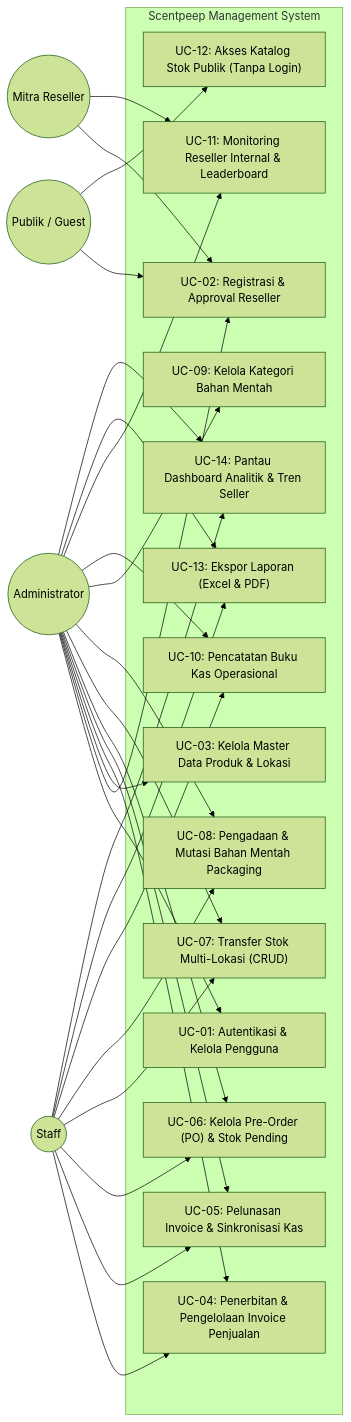
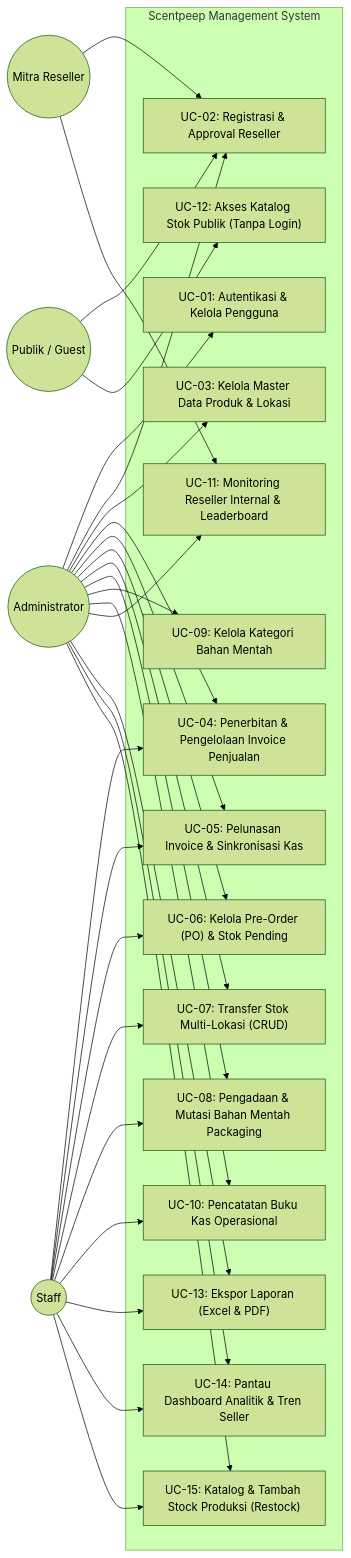
One commit to FatsyahRGT/scentpeep changed the diagram in docs/USE_CASE.md. Above: the diagram before and after it, drawn with Mermaid (forest theme). The commit also changed other lines of this file and 28 other files, not shown here.

````diff
--- a/docs/USE_CASE.md
+++ b/docs/USE_CASE.md
@@ -9,59 +9,62 @@
 ```mermaid
 flowchart LR
     %% Aktor
     Admin((Administrator))
     Staff((Staff))
     Reseller((Mitra Reseller))
     Guest((Publik / Guest))
 
     %% Boundary Sistem
     subgraph System ["Scentpeep Management System"]
         UC1["UC-01: Autentikasi & Kelola Pengguna"]
         UC2["UC-02: Registrasi & Approval Reseller"]
         UC3["UC-03: Kelola Master Data Produk & Lokasi"]
         UC4["UC-04: Penerbitan & Pengelolaan Invoice Penjualan"]
         UC5["UC-05: Pelunasan Invoice & Sinkronisasi Kas"]
         UC6["UC-06: Kelola Pre-Order (PO) & Stok Pending"]
         UC7["UC-07: Transfer Stok Multi-Lokasi (CRUD)"]
         UC8["UC-08: Pengadaan & Mutasi Bahan Mentah Packaging"]
         UC9["UC-09: Kelola Kategori Bahan Mentah"]
         UC10["UC-10: Pencatatan Buku Kas Operasional"]
         UC11["UC-11: Monitoring Reseller Internal & Leaderboard"]
         UC12["UC-12: Akses Katalog Stok Publik (Tanpa Login)"]
         UC13["UC-13: Ekspor Laporan (Excel & PDF)"]
         UC14["UC-14: Pantau Dashboard Analitik & Tren Seller"]
+        UC15["UC-15: Katalog & Tambah Stock Produksi (Restock)"]
     end
 
     %% Relasi Admin
     Admin --> UC1
     Admin --> UC2
     Admin --> UC3
     Admin --> UC4
     Admin --> UC5
     Admin --> UC6
     Admin --> UC7
     Admin --> UC8
     Admin --> UC9
     Admin --> UC10
     Admin --> UC11
     Admin --> UC13
     Admin --> UC14
+    Admin --> UC15
 
     %% Relasi Staff
     Staff --> UC4
     Staff --> UC5
     Staff --> UC6
     Staff --> UC7
     Staff --> UC8
     Staff --> UC10
     Staff --> UC13
     Staff --> UC14
+    Staff --> UC15
 
     %% Relasi Reseller
     Reseller --> UC2
     Reseller --> UC11
 
     %% Relasi Guest
     Guest --> UC2
     Guest --> UC12
 ```
````
